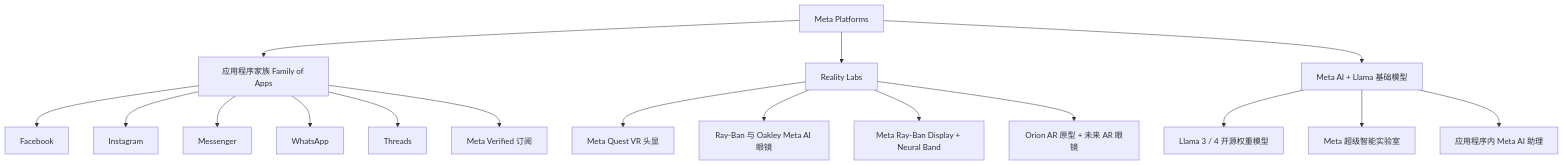
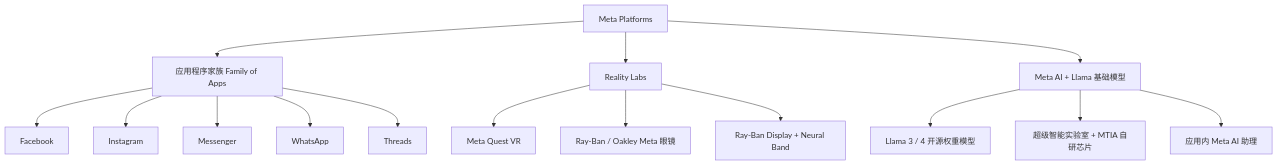
The second of 5 diagrams in reports/company/Meta_NASDAQ_META/Meta_NASDAQ_META_公司研究.md (dadachundan/financial_agent), drawn with Mermaid before and after one commit. The commit also changed other lines of this file, not shown here.

First line of the commit message:
feat(company-research): refresh Meta (META) — full chart suite + decision layer

````diff
--- a/reports/company/Meta_NASDAQ_META/Meta_NASDAQ_META_公司研究.md
+++ b/reports/company/Meta_NASDAQ_META/Meta_NASDAQ_META_公司研究.md
@@ -110,20 +457,18 @@
 ```mermaid
 graph TD
   Meta[Meta Platforms]
   Meta --> FoA[应用程序家族 Family of Apps]
   Meta --> RL[Reality Labs]
   Meta --> AI[Meta AI + Llama 基础模型]
   FoA --> FB[Facebook]
   FoA --> IG[Instagram]
   FoA --> MSG[Messenger]
   FoA --> WA[WhatsApp]
   FoA --> TH[Threads]
-  FoA --> MV[Meta Verified 订阅]
-  RL --> VR[Meta Quest VR 头显]
-  RL --> GLASS[Ray-Ban 与 Oakley Meta AI 眼镜]
-  RL --> DISPLAY[Meta Ray-Ban Display + Neural Band]
-  RL --> AR[Orion AR 原型 + 未来 AR 眼镜]
+  RL --> VR[Meta Quest VR]
+  RL --> GLASS[Ray-Ban / Oakley Meta 眼镜]
+  RL --> DISPLAY[Ray-Ban Display + Neural Band]
   AI --> LLAMA[Llama 3 / 4 开源权重模型]
-  AI --> SUPER[Meta 超级智能实验室]
-  AI --> METAAI[应用程序内 Meta AI 助理]
+  AI --> SUPER[超级智能实验室 + MTIA 自研芯片]
+  AI --> METAAI[应用内 Meta AI 助理]
 ```
````
